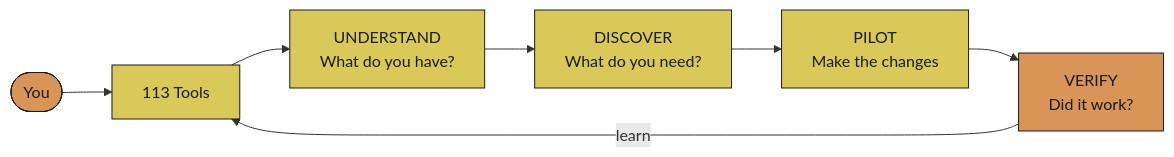
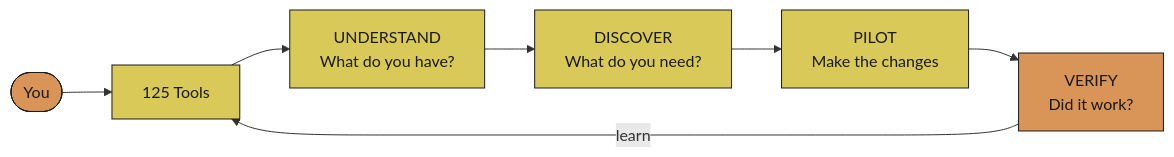
The seventh of 29 diagrams in README.md (JosephOIbrahim/Comfy-Cozy), drawn with Mermaid before and after one commit. The commit also changed other lines of this file, not shown here.

First line of the commit message:
docs(readme): update tool count 113->125 + test count after agent-tooling harness

````diff
--- a/README.md
+++ b/README.md
@@ -514,14 +514,14 @@
 ```mermaid
 graph LR
-    You([You]) --> Agent[113 Tools]
+    You([You]) --> Agent[125 Tools]
     Agent --> Understand[UNDERSTAND<br/>What do you have?]
     Understand --> Discover[DISCOVER<br/>What do you need?]
     Discover --> Pilot[PILOT<br/>Make the changes]
     Pilot --> Verify[VERIFY<br/>Did it work?]
     Verify -->|learn| Agent
 
     classDef orange fill:#d99458,color:#1a1a1a,stroke:#1a1a1a
     classDef yellow fill:#d9c958,color:#1a1a1a,stroke:#1a1a1a
     class You,Verify orange
     class Understand,Discover,Pilot,Agent yellow
 ```
````
